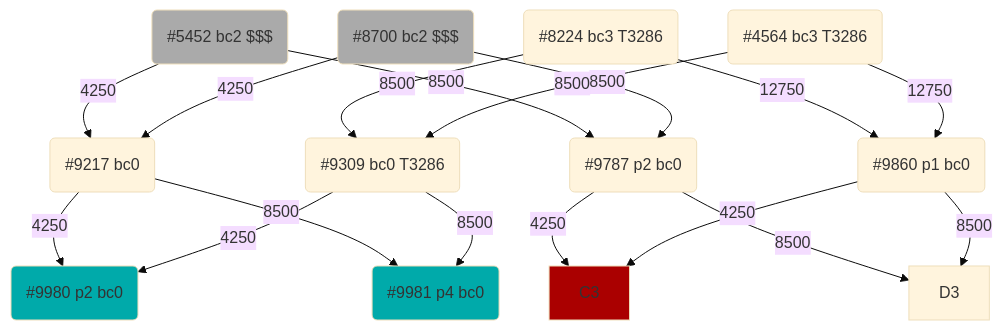
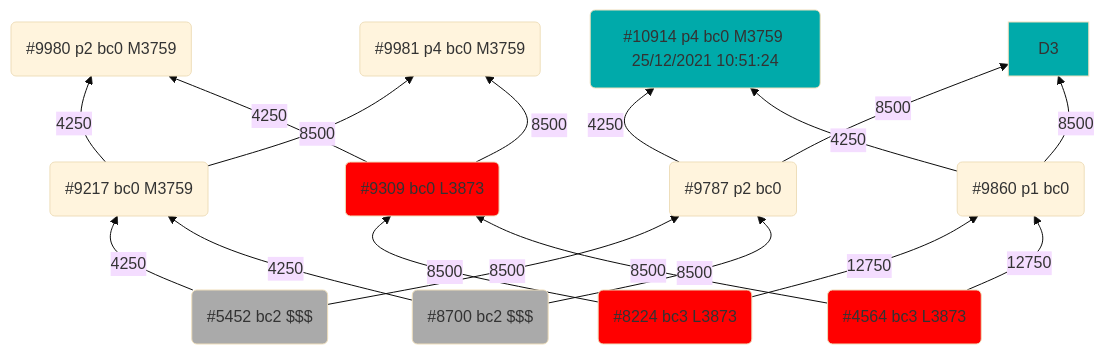
The diagram in doc/family-tree.md (sebasgoldberg/crabada), drawn with Mermaid (base theme) before and after one commit. The commit also changed other lines of this file and 1 other file, not shown here.

````diff
--- a/doc/family-tree.md
+++ b/doc/family-tree.md
@@ -11,47 +3,51 @@
 ```mermaid
-graph TB
+graph BT
 
 
 A1(#5452 bc2 $$$)
 B1(#8700 bc2 $$$)
 style A1 fill:#AAAAAA
 style B1 fill:#AAAAAA
 
-C1(#8224 bc3 T3286)
-D1(#4564 bc3 T3286)
+C1(#8224 bc3 L3873)
+style C1 fill:#FF0000
+D1(#4564 bc3 L3873)
+style D1 fill:#FF0000
 
 A1 -- 4250 --> A2
 B1 -- 4250 --> A2
 A1 -- 8500 --> B2
 B1 -- 8500 --> B2
 
 C1 -- 8500 --> C2
 D1 -- 8500 --> C2
 C1 -- 12750 --> D2
 D1 -- 12750 --> D2
 
 
-A2(#9217 bc0)
+A2(#9217 bc0 M3759)
 B2(#9787 p2 bc0)
-C2(#9309 bc0 T3286)
+C2(#9309 bc0 L3873)
+style C2 fill:#FF0000
 D2(#9860 p1 bc0)
 
 
 A2 -- 4250 --> A3
 C2 -- 4250 --> A3
 A2 -- 8500 --> B3
 C2 -- 8500 --> B3
 
 B2 -- 4250 --> C3
 D2 -- 4250 --> C3
 B2 -- 8500 --> D3
 D2 -- 8500 --> D3
 
-A3(#9980 p2 bc0)
-style A3 fill:#00AAAA
-B3(#9981 p4 bc0)
-style B3 fill:#00AAAA
+A3(#9980 p2 bc0 M3759)
+B3(#9981 p4 bc0 M3759)
+C3(#10914 p4 bc0 M3759 25/12/2021 10:51:24)
 
-style C3 fill:#AA0000
+
+style C3 fill:#00AAAA
+style D3 fill:#00AAAA
 
 ```
````
